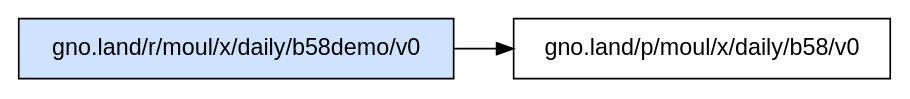
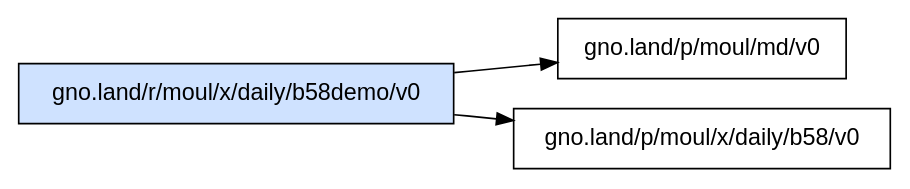
One commit to moul/gno-contracts changed the diagram in _assets/gno.land/r/moul/x/daily/b58demo/v0/deps.dot. Above: the diagram before and after it, drawn with Graphviz. The commit also changed 31 other files, not shown here.

Commit message:
chore: regenerate catalog, graphs and on-chain status [skip ci]

```diff
--- a/_assets/gno.land/r/moul/x/daily/b58demo/v0/deps.dot
+++ b/_assets/gno.land/r/moul/x/daily/b58demo/v0/deps.dot
@@ -1,6 +1,7 @@
 digraph deps {
   rankdir=LR;
   node [shape=box, fontname="sans-serif"];
   "gno.land/r/moul/x/daily/b58demo/v0" [style=filled, fillcolor="#cfe2ff"];
+  "gno.land/r/moul/x/daily/b58demo/v0" -> "gno.land/p/moul/md/v0";
   "gno.land/r/moul/x/daily/b58demo/v0" -> "gno.land/p/moul/x/daily/b58/v0";
 }
```
